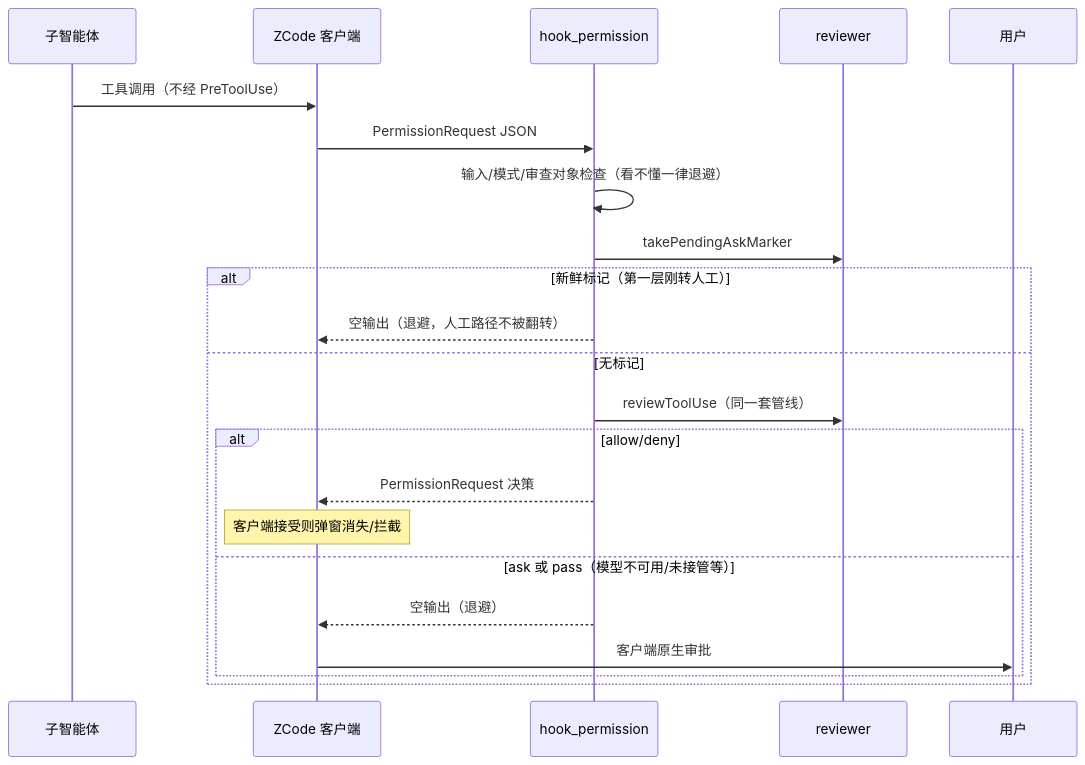
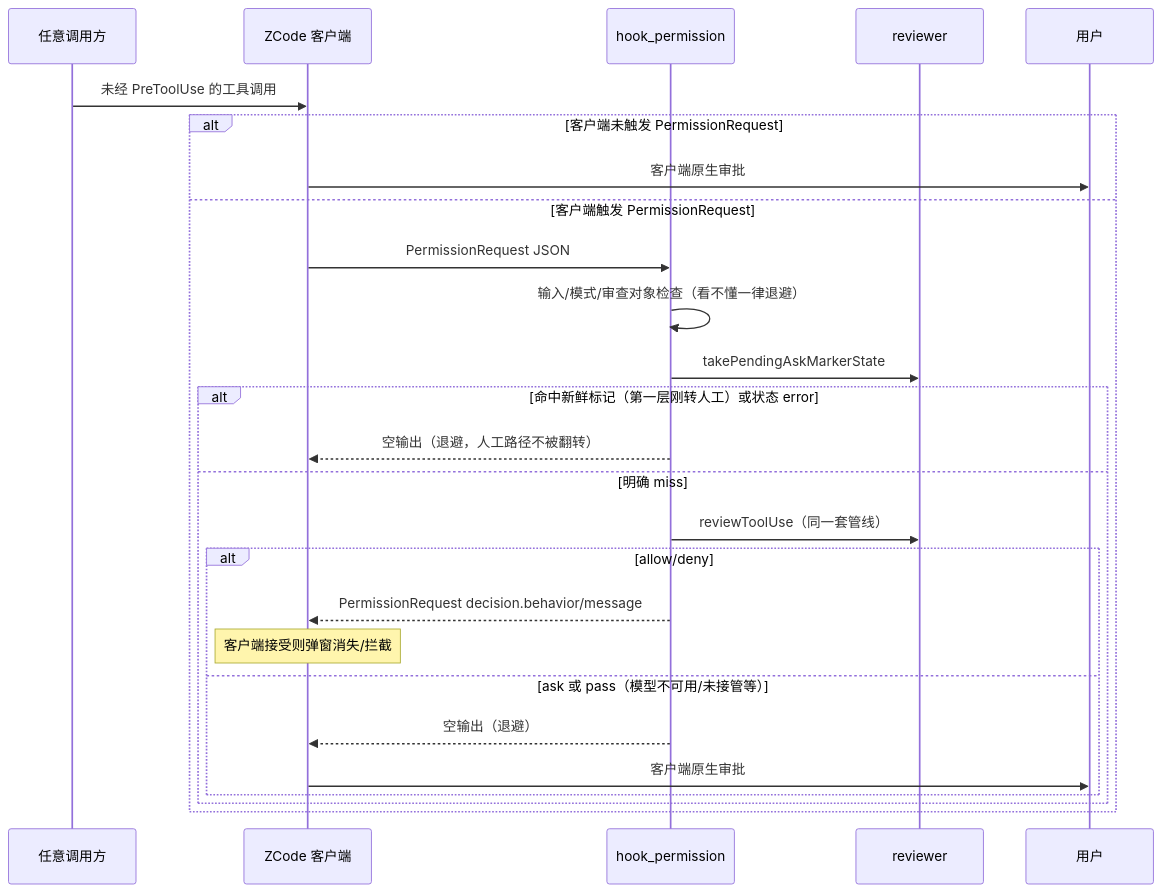
The second of 4 diagrams in docs/project_wiki/02_开发文档/模块运行流程图.md (cy-2-u/zhao), drawn with Mermaid before and after one commit. The commit also changed other lines of this file and 25 other files, not shown here.

Commit message:
release 0.6.1：PermissionRequest 协议对齐 decision.behavior/message；敏感文件/畸形输入快速通道收紧；pending 标记三态回退；provider 120s 预算收敛重试；关机门槛默认送审模型；全量文档与版本清单同步

````diff
--- a/docs/project_wiki/02_开发文档/模块运行流程图.md
+++ b/docs/project_wiki/02_开发文档/模块运行流程图.md
@@ -54,24 +54,28 @@
 ```mermaid
 sequenceDiagram
-    participant S as 子智能体
+    participant A as 任意调用方
     participant Z as ZCode 客户端
     participant HP as hook_permission
     participant R as reviewer
     participant U as 用户
-    S->>Z: 工具调用（不经 PreToolUse）
-    Z->>HP: PermissionRequest JSON
-    HP->>HP: 输入/模式/审查对象检查（看不懂一律退避）
-    HP->>R: takePendingAskMarker
-    alt 新鲜标记（第一层刚转人工）
-        HP-->>Z: 空输出（退避，人工路径不被翻转）
-    else 无标记
-        HP->>R: reviewToolUse（同一套管线）
-        alt allow/deny
-            HP-->>Z: PermissionRequest 决策
-            Note over Z: 客户端接受则弹窗消失/拦截
-        else ask 或 pass（模型不可用/未接管等）
-            HP-->>Z: 空输出（退避）
-            Z->>U: 客户端原生审批
+    A->>Z: 未经 PreToolUse 的工具调用
+    alt 客户端未触发 PermissionRequest
+        Z->>U: 客户端原生审批
+    else 客户端触发 PermissionRequest
+        Z->>HP: PermissionRequest JSON
+        HP->>HP: 输入/模式/审查对象检查（看不懂一律退避）
+        HP->>R: takePendingAskMarkerState
+        alt 命中新鲜标记（第一层刚转人工）或状态 error
+            HP-->>Z: 空输出（退避，人工路径不被翻转）
+        else 明确 miss
+            HP->>R: reviewToolUse（同一套管线）
+            alt allow/deny
+                HP-->>Z: PermissionRequest decision.behavior/message
+                Note over Z: 客户端接受则弹窗消失/拦截
+            else ask 或 pass（模型不可用/未接管等）
+                HP-->>Z: 空输出（退避）
+                Z->>U: 客户端原生审批
+            end
         end
     end
 ```
````
